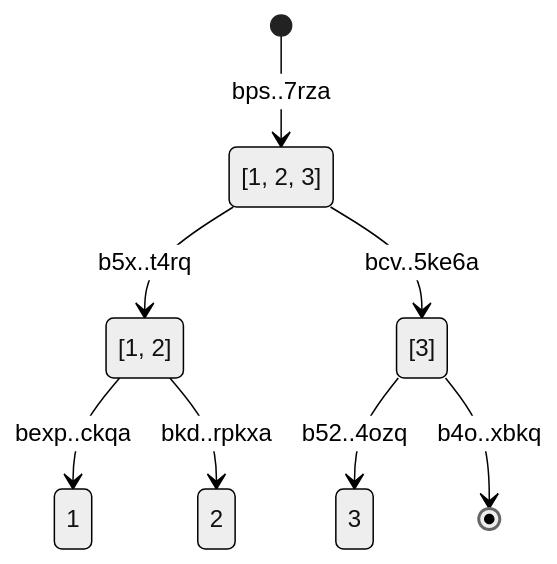
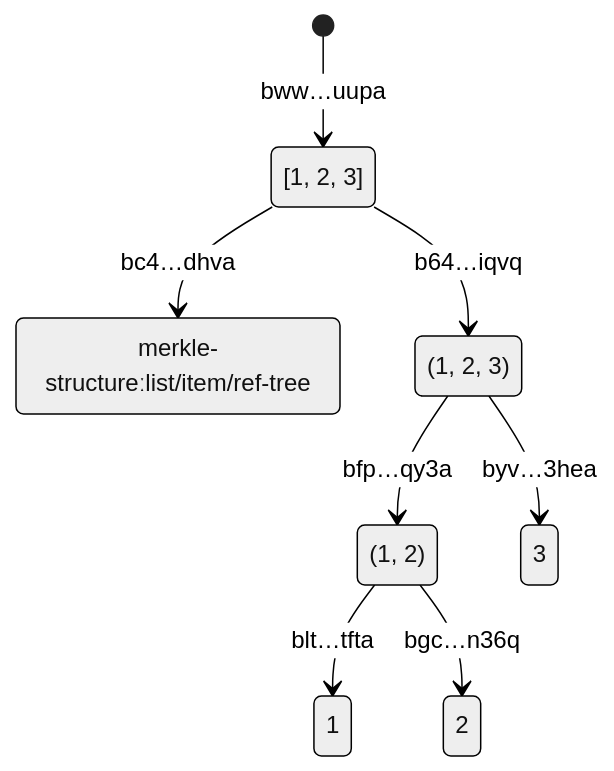
The tenth of 17 diagrams in rfc/merkle-structure.md (storacha/RFC), drawn with Mermaid (neutral theme) before and after one commit. The commit also changed other lines of this file, not shown here.

Commit message:
chore: incorporate ideas from mikeal and draws some from blake3 bao tree

````diff
--- a/rfc/merkle-structure.md
+++ b/rfc/merkle-structure.md
@@ -123,20 +232,17 @@
 ```mermaid
 stateDiagram-v2
-A: 1
-B: 2
-C: 3
-AB: [1, 2]
-
-AB --> A: bexp..ckqa
-AB --> B: bkd..rpkxa
-
-C_: [3]
-C_ --> C: b52..4ozq
-C_ --> [*]: b4o..xbkq
-
-ABC: [1, 2, 3]
-ABC --> AB: b5x..t4rq
-ABC --> C_: bcv..5ke6a
-
-[*] --> ABC: bps..7rza
+bwwooaxibglmzjgenm4fgrbcbu7tcorrm4epsn6m2imvxhqaauupa: [1, 2, 3]
+[*] --> bwwooaxibglmzjgenm4fgrbcbu7tcorrm4epsn6m2imvxhqaauupa: bww…uupa
+bwwooaxibglmzjgenm4fgrbcbu7tcorrm4epsn6m2imvxhqaauupa --> bc4ajht5l245lsmtjm4coojywcwsxfuje7spocvk5mnw3snvtdhva_bwwooaxibglmzjgenm4fgrbcbu7tcorrm4epsn6m2imvxhqaauupa: bc4…dhva
+bc4ajht5l245lsmtjm4coojywcwsxfuje7spocvk5mnw3snvtdhva_bwwooaxibglmzjgenm4fgrbcbu7tcorrm4epsn6m2imvxhqaauupa: merkle-structureːlist/item/ref-tree
+bwwooaxibglmzjgenm4fgrbcbu7tcorrm4epsn6m2imvxhqaauupa --> b64km4bdakn5zq5x5btlfnia6ve2qmdf4vym4yrhs7gmq3alkiqvq: b64…iqvq
+b64km4bdakn5zq5x5btlfnia6ve2qmdf4vym4yrhs7gmq3alkiqvq: (1, 2, 3)
+b64km4bdakn5zq5x5btlfnia6ve2qmdf4vym4yrhs7gmq3alkiqvq --> bfpdjqzf5ggayajbovvqfzz4yob5kesh7vqwmsjgegfhwp7uwqy3a: bfp…qy3a
+bfpdjqzf5ggayajbovvqfzz4yob5kesh7vqwmsjgegfhwp7uwqy3a: (1, 2)
+bltgczabyrmquahj4bkddzkonss6d4kxgjr7sydtpcupvw7dgtfta: 1
+bfpdjqzf5ggayajbovvqfzz4yob5kesh7vqwmsjgegfhwp7uwqy3a --> bltgczabyrmquahj4bkddzkonss6d4kxgjr7sydtpcupvw7dgtfta: blt…tfta
+bgc7ugo22pthcj2sjujuz2qzx5nxe7u2frqjmydtghi6krlxbn36q: 2
+bfpdjqzf5ggayajbovvqfzz4yob5kesh7vqwmsjgegfhwp7uwqy3a --> bgc7ugo22pthcj2sjujuz2qzx5nxe7u2frqjmydtghi6krlxbn36q: bgc…n36q
+byv7b4vainvdglwtu4uaenazvl73iubt3uehj2k46o7edzr3t3hea: 3
+b64km4bdakn5zq5x5btlfnia6ve2qmdf4vym4yrhs7gmq3alkiqvq --> byv7b4vainvdglwtu4uaenazvl73iubt3uehj2k46o7edzr3t3hea: byv…3hea
 ```
````
